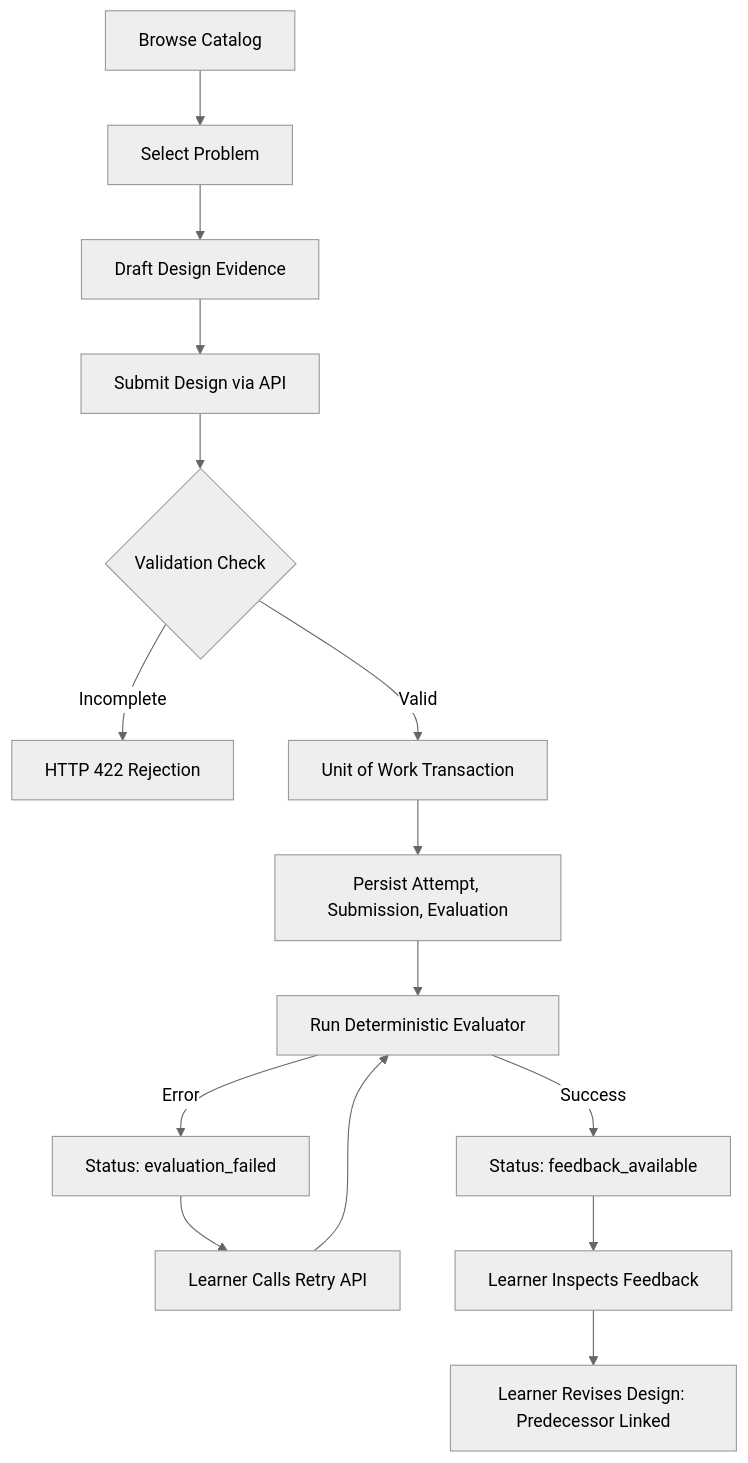
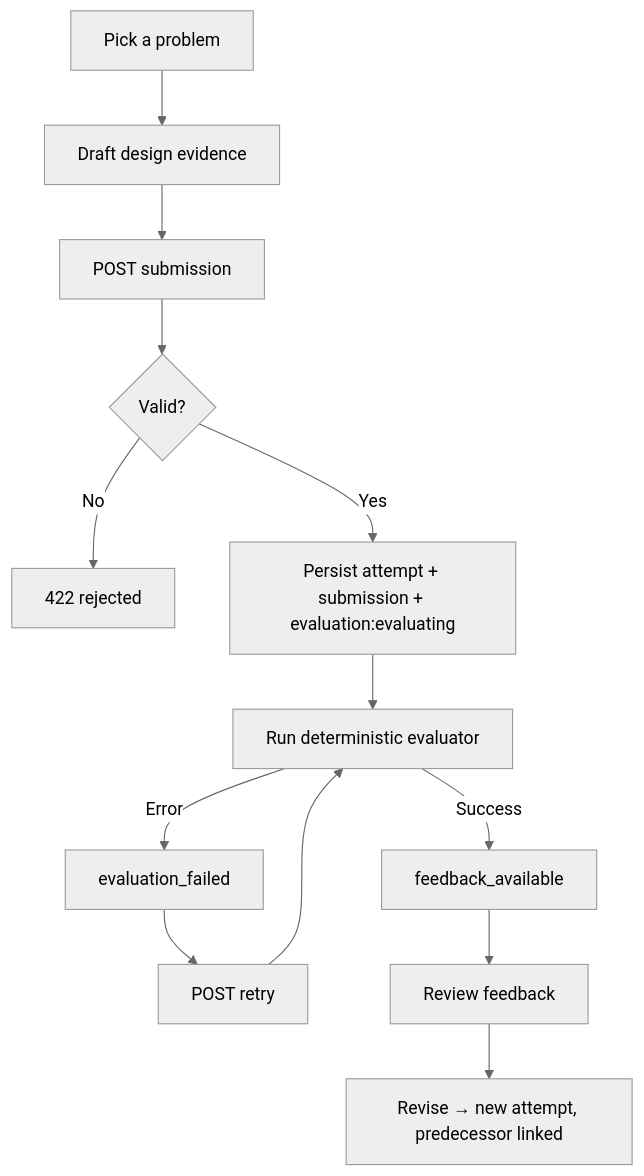
The first of 2 diagrams in README.md (abhirajkr16/LLD-Practice-Platform), drawn with Mermaid (neutral theme) before and after one commit. The commit also changed other lines of this file and 2 other files, not shown here.

````diff
--- a/README.md
+++ b/README.md
@@ -55,17 +40,14 @@
 ```mermaid
 flowchart TD
-    A[Browse Catalog] --> B[Select Problem]
-    B --> C[Draft Design Evidence]
-    C --> D[Submit Design via API]
-    D --> E{Validation Check}
-    E -- Incomplete --> F[HTTP 422 Rejection]
-    E -- Valid --> G[Unit of Work Transaction]
-    G --> H[Persist Attempt, Submission, Evaluation]
-    H --> I[Run Deterministic Evaluator]
-    I -- Success --> J[Status: feedback_available]
-    I -- Error --> K[Status: evaluation_failed]
-    K --> L[Learner Calls Retry API]
-    L --> I
-    J --> M[Learner Inspects Feedback]
-    M --> N[Learner Revises Design: Predecessor Linked]
+    A[Pick a problem] --> B[Draft design evidence]
+    B --> C[POST submission]
+    C --> D{Valid?}
+    D -- No --> E[422 rejected]
+    D -- Yes --> F[Persist attempt + submission + evaluation:evaluating]
+    F --> G[Run deterministic evaluator]
+    G -- Success --> H[feedback_available]
+    G -- Error --> I[evaluation_failed]
+    I --> J[POST retry] --> G
+    H --> K[Review feedback]
+    K --> L[Revise → new attempt, predecessor linked]
 ```
````
